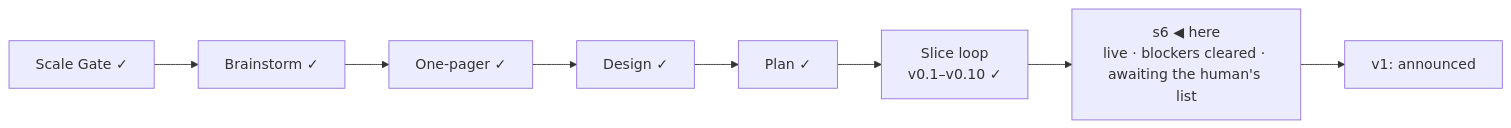
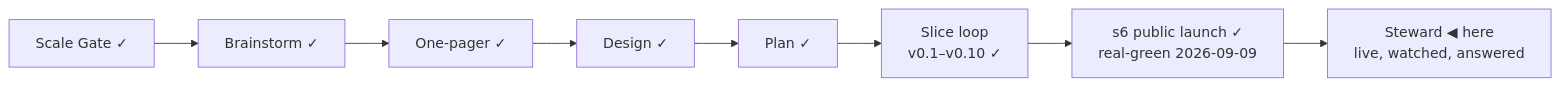
The diagram in STATUS.md (OytunOnal/permit-rulebook), drawn with Mermaid before and after one commit. The commit also changed other lines of this file and 5 other files, not shown here.

Commit message:
v1: public, announced, and stamped — Genesis closes, Steward begins

````diff
--- a/STATUS.md
+++ b/STATUS.md
@@ -14,7 +14,7 @@
 ```mermaid
 flowchart LR
     A[Scale Gate ✓] --> B[Brainstorm ✓] --> C[One-pager ✓] --> D[Design ✓] --> E[Plan ✓]
     E --> F["Slice loop<br/>v0.1–v0.10 ✓"]
-    F --> G["s6 ◀ here<br/>live · blockers cleared · awaiting the human's list"]
-    G --> H[v1: announced]
+    F --> G["s6 public launch ✓<br/>real-green 2026-09-09"]
+    G --> H["Steward ◀ here<br/>live, watched, answered"]
 ```
````
